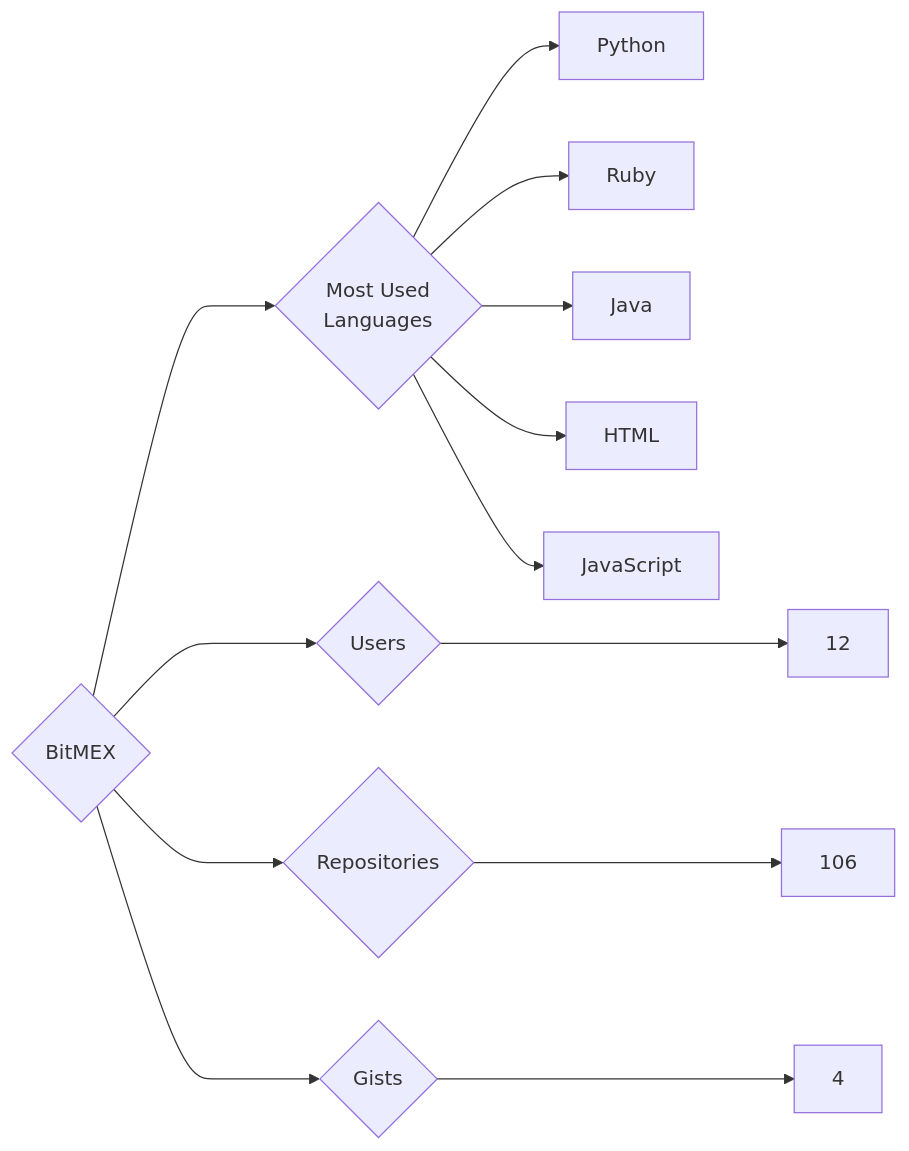
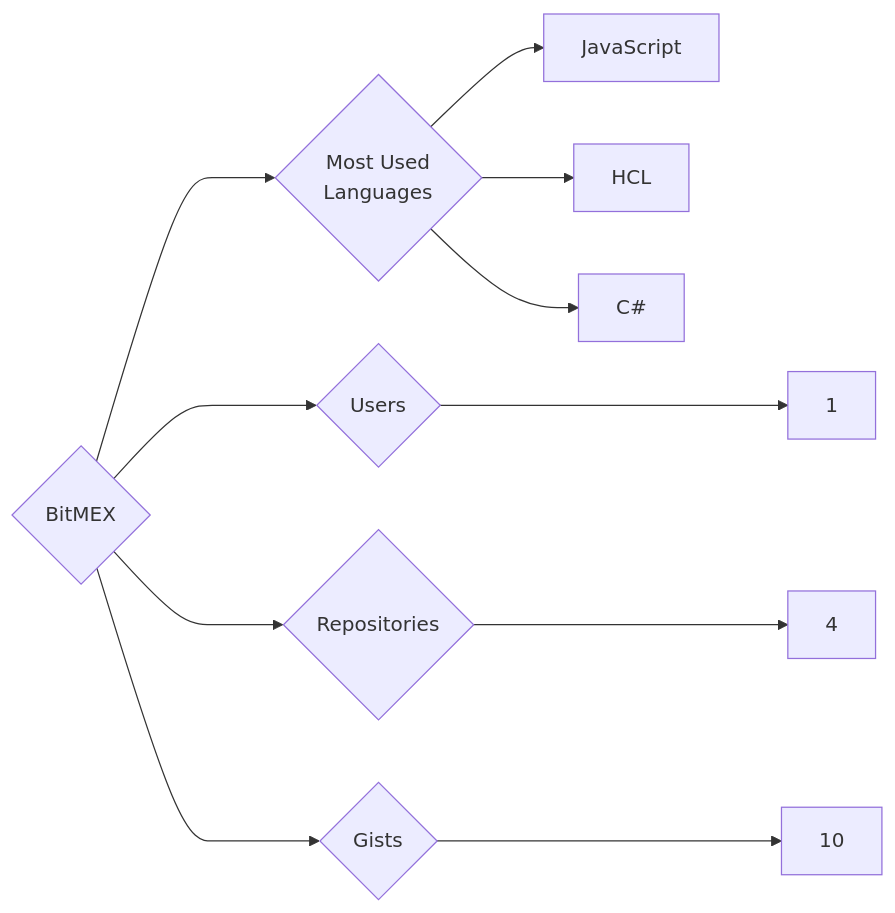
Before and after one commit to trickest/insiders: the diagram in targets/BitMEX/README.md, drawn with Mermaid. The commit also changed 933 other files, not shown here.

````diff
--- a/targets/BitMEX/README.md
+++ b/targets/BitMEX/README.md
@@ -3,13 +3,11 @@
 ```mermaid
 graph LR
 COMPANY_NAME{BitMEX}
-COMPANY_NAME ---> U{Users} ---> UN[12]
-COMPANY_NAME ---> R{Repositories} ---> RN[106]
-COMPANY_NAME ---> G{Gists} ---> GN[4]
+COMPANY_NAME ---> U{Users} ---> UN[1]
+COMPANY_NAME ---> R{Repositories} ---> RN[4]
+COMPANY_NAME ---> G{Gists} ---> GN[10]
 COMPANY_NAME ---> ML{Most Used<br>Languages}
-ML --> Python[Python]
-ML --> Ruby[Ruby]
-ML --> Java[Java]
-ML --> HTML[HTML]
 ML --> JavaScript[JavaScript]
+ML --> HCL[HCL]
+ML --> C#[C#]
 ```
````
